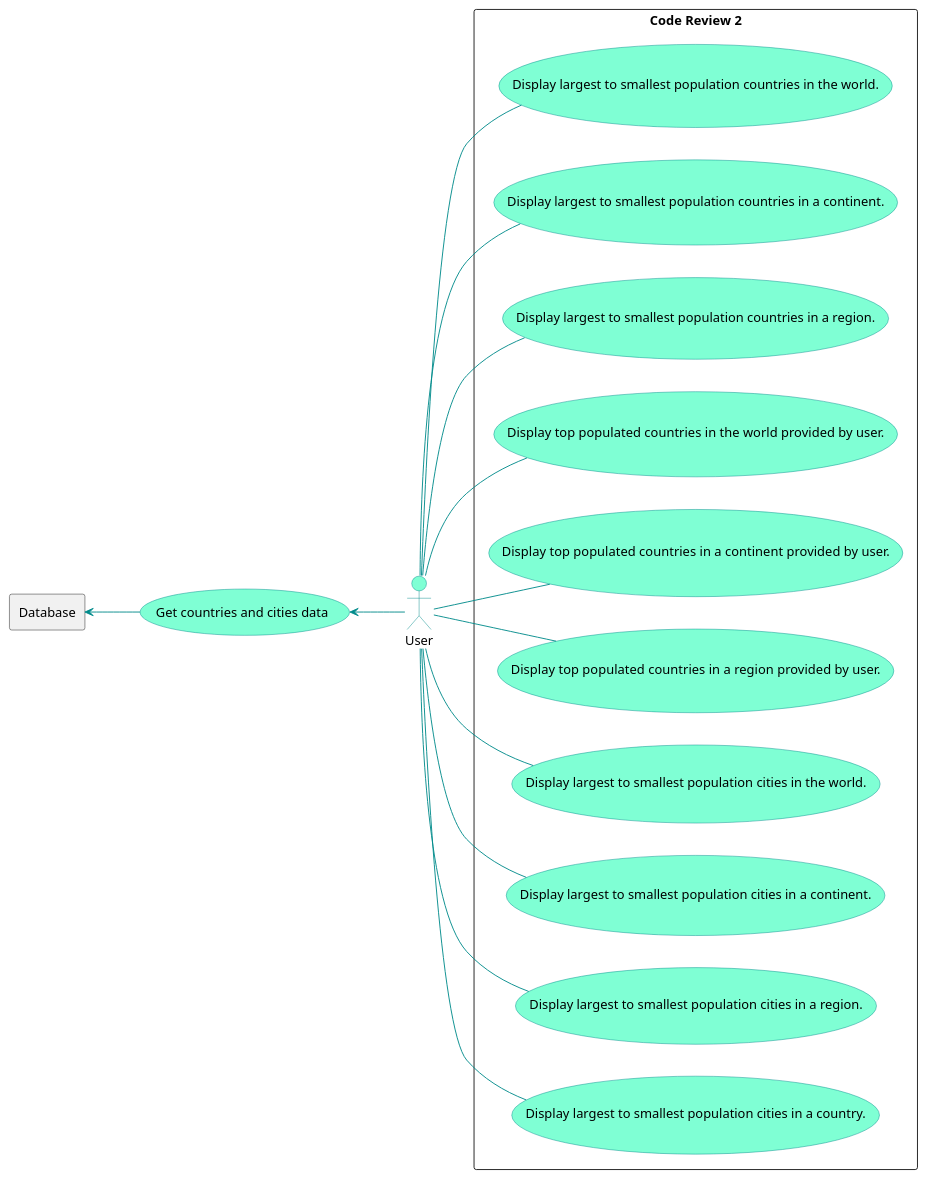
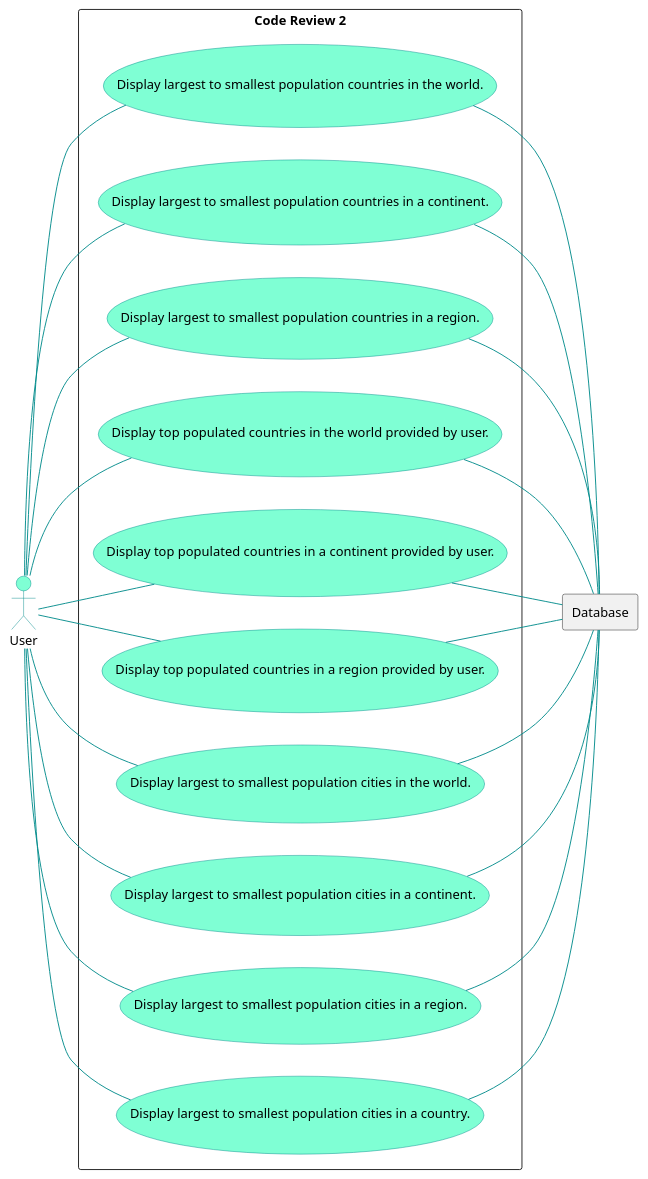
Before and after one commit to Hein1P/group3: the diagram in use-cases/code-review2-use-case.puml, drawn with PlantUML. The commit also changed 3 other files, not shown here.

```diff
--- a/use-cases/code-review2-use-case.puml
+++ b/use-cases/code-review2-use-case.puml
@@ -1,36 +1,49 @@
 @startuml
-
 skinparam usecase {
 FontName Aapex
 BackgroundColor Aquamarine
 BorderColor DarkCyan
 ArrowColor DarkCyan
 }
 skinparam actor{
 FontName Aapex
 BackgroundColor Aquamarine
 BorderColor DarkCyan
 }
-
 left to right direction
 skinparam packageStyle rectangle
 actor User
-usecase UC4 as "Get countries and cities data"
 rectangle database as "Database"
-UC4 <-- User
-database <-- UC4
-
 rectangle "Code Review 2" {
-User -- (Display largest to smallest population countries in the world.)
-User -- (Display largest to smallest population countries in a continent.)
-User -- (Display largest to smallest population countries in a region.)
-User -- (Display top populated countries in the world provided by user.)
-User -- (Display top populated countries in a continent provided by user.)
-User -- (Display top populated countries in a region provided by user.)
-User -- (Display largest to smallest population cities in the world.)
-User -- (Display largest to smallest population cities in a continent.)
-User -- (Display largest to smallest population cities in a region.)
-User -- (Display largest to smallest population cities in a country.)
+usecase UC2 as "Display largest to smallest population countries in the world."
+usecase UC3 as "Display largest to smallest population countries in a continent."
+usecase UC4 as "Display largest to smallest population countries in a region."
+usecase UC5 as "Display top populated countries in the world provided by user."
+usecase UC6 as "Display top populated countries in a continent provided by user."
+usecase UC7 as "Display top populated countries in a region provided by user."
+usecase UC8 as "Display largest to smallest population cities in the world."
+usecase UC9 as "Display largest to smallest population cities in a continent."
+usecase UC10 as "Display largest to smallest population cities in a region."
+usecase UC11 as "Display largest to smallest population cities in a country."
+User -- UC2
+User -- UC3
+User -- UC4
+User -- UC5
+User -- UC6
+User -- UC7
+User -- UC8
+User -- UC9
+User -- UC10
+User -- UC11
 }
-
+UC2 -- database
+UC3 -- database
+UC4 -- database
+UC5 -- database
+UC6 -- database
+UC7 -- database
+UC8 -- database
+UC9 -- database
+UC10 -- database
+UC11 -- database
 @enduml
```
